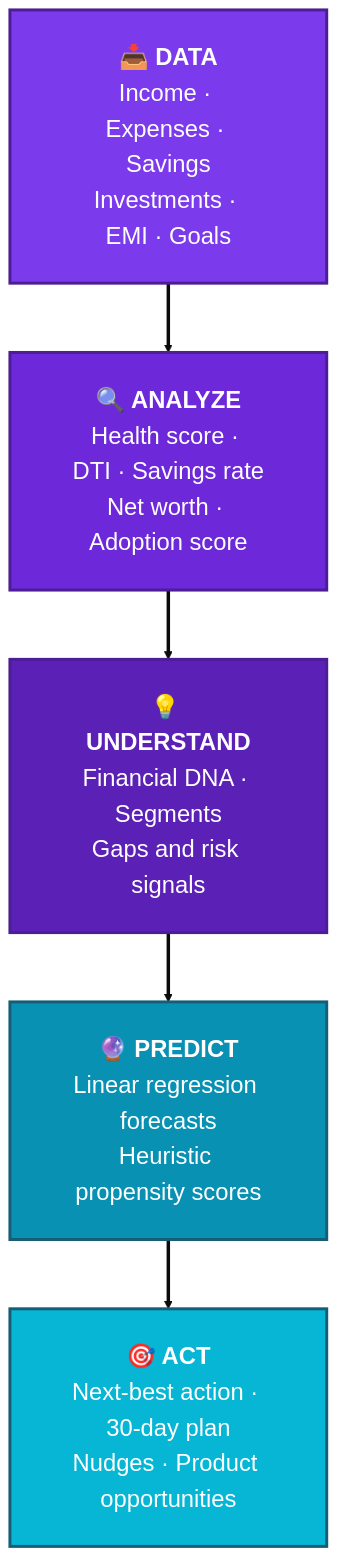
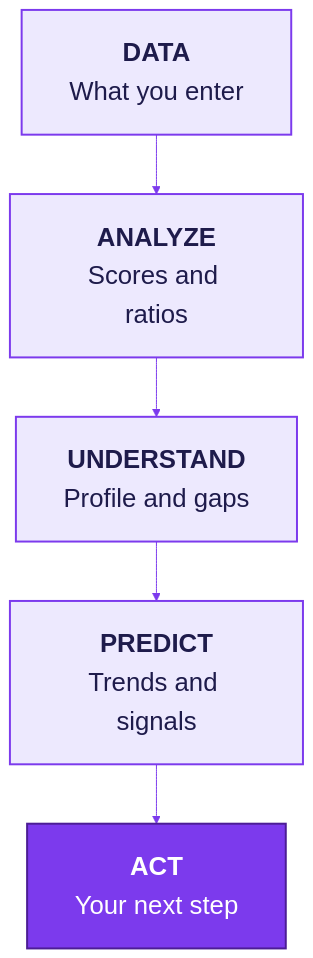
The first of 13 diagrams in README.md (Mansi232323/MANSHORA), drawn with Mermaid before and after one commit. The commit also changed other lines of this file, not shown here.

````diff
--- a/README.md
+++ b/README.md
@@ -78,15 +50,14 @@
 ```mermaid
-%%{init: {'theme':'base','themeVariables':{'fontSize':'24px','fontFamily':'Segoe UI, Arial'},'flowchart':{'nodeSpacing':60,'rankSpacing':70,'padding':30,'useMaxWidth':true,'htmlLabels':true}}}%%
+%%{init: {'theme':'base','themeVariables':{'fontSize':'26px','primaryColor':'#ede9fe','primaryBorderColor':'#7c3aed','primaryTextColor':'#1e1b4b','lineColor':'#7c3aed'},'flowchart':{'nodeSpacing':50,'rankSpacing':60,'padding':24,'htmlLabels':true}}}%%
 flowchart TB
-    A["<b>📥 DATA</b><br/>Income · Expenses · Savings<br/>Investments · EMI · Goals"]
-    B["<b>🔍 ANALYZE</b><br/>Health score · DTI · Savings rate<br/>Net worth · Adoption score"]
-    C["<b>💡 UNDERSTAND</b><br/>Financial DNA · Segments<br/>Gaps and risk signals"]
-    D["<b>🔮 PREDICT</b><br/>Linear regression forecasts<br/>Heuristic propensity scores"]
-    E["<b>🎯 ACT</b><br/>Next-best action · 30-day plan<br/>Nudges · Product opportunities"]
-    A ==> B ==> C ==> D ==> E
-    style A fill:#7c3aed,color:#fff,stroke:#4c1d95,stroke-width:3px
-    style B fill:#6d28d9,color:#fff,stroke:#4c1d95,stroke-width:3px
-    style C fill:#5b21b6,color:#fff,stroke:#4c1d95,stroke-width:3px
-    style D fill:#0891b2,color:#fff,stroke:#155e75,stroke-width:3px
-    style E fill:#06b6d4,color:#fff,stroke:#155e75,stroke-width:3px
+    A["<b>DATA</b><br/>What you enter"]
+    B["<b>ANALYZE</b><br/>Scores and ratios"]
+    C["<b>UNDERSTAND</b><br/>Profile and gaps"]
+    D["<b>PREDICT</b><br/>Trends and signals"]
+    E["<b>ACT</b><br/>Your next step"]
+    A --> B --> C --> D --> E
+    classDef step fill:#ede9fe,stroke:#7c3aed,stroke-width:2px,color:#1e1b4b
+    classDef goal fill:#7c3aed,stroke:#4c1d95,stroke-width:2px,color:#ffffff
+    class A,B,C,D step
+    class E goal
 ```
````
